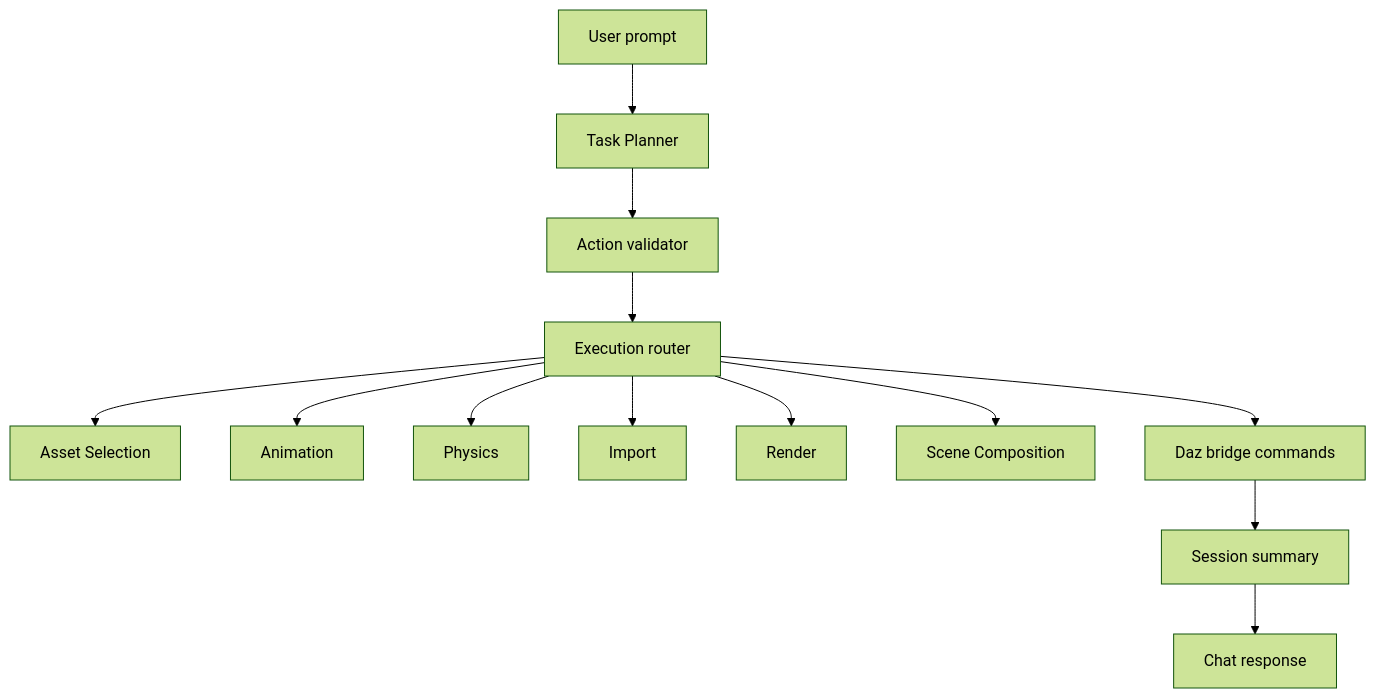
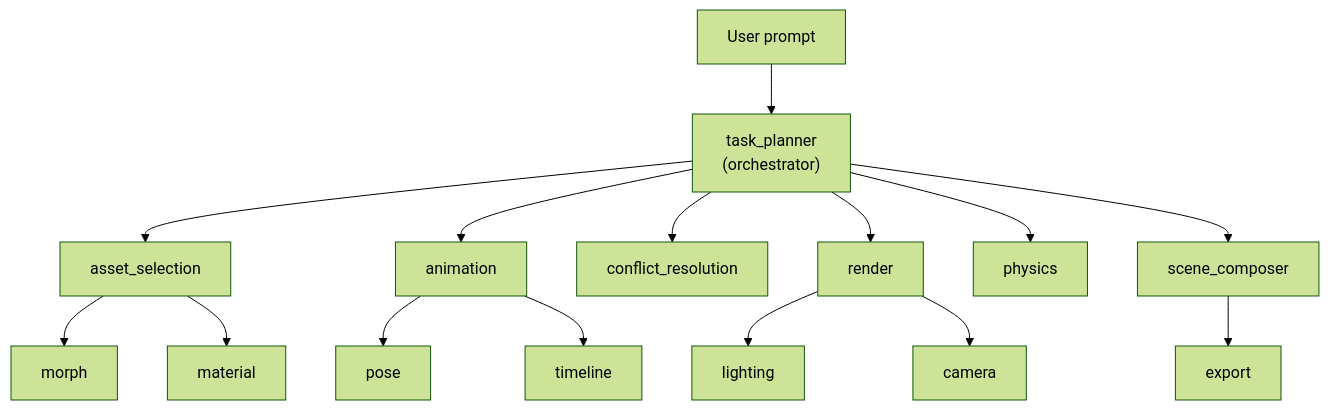
The diagram in docs/AGENTS.md (millsydotdev/DAZPilot), drawn with Mermaid (forest theme) before and after one commit. The commit also changed other lines of this file and 38 other files, not shown here.

First line of the commit message:
v0.5.3: Agent hierarchy system & automated conflict resolution pipeline

````diff
--- a/docs/AGENTS.md
+++ b/docs/AGENTS.md
@@ -45,15 +49,18 @@
 ```mermaid
 flowchart TB
-  User["User prompt"] --> Planner["Task Planner"]
-  Planner --> Validator["Action validator"]
-  Validator --> Router["Execution router"]
-  Router --> Asset["Asset Selection"]
-  Router --> Animation["Animation"]
-  Router --> Physics["Physics"]
-  Router --> Import["Import"]
-  Router --> Render["Render"]
-  Router --> Scene["Scene Composition"]
-  Router --> Bridge["Daz bridge commands"]
-  Bridge --> Summary["Session summary"]
-  Summary --> Chat["Chat response"]
+  User["User prompt"] --> TP["task_planner<br/>(orchestrator)"]
+  TP --> AS["asset_selection"]
+  TP --> AN["animation"]
+  TP --> CR["conflict_resolution"]
+  TP --> RE["render"]
+  TP --> PH["physics"]
+  TP --> SC["scene_composer"]
+
+  AS --> MO["morph"]
+  AS --> MA["material"]
+  AN --> PO["pose"]
+  AN --> TI["timeline"]
+  RE --> LI["lighting"]
+  RE --> CA["camera"]
+  SC --> EX["export"]
 ```
````
